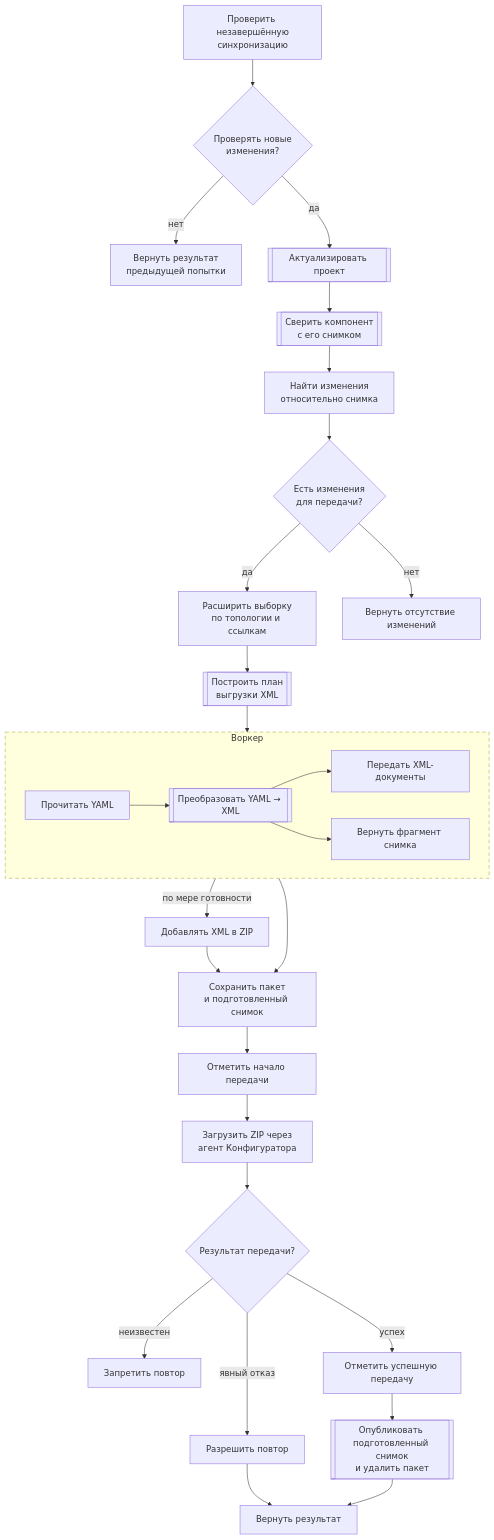
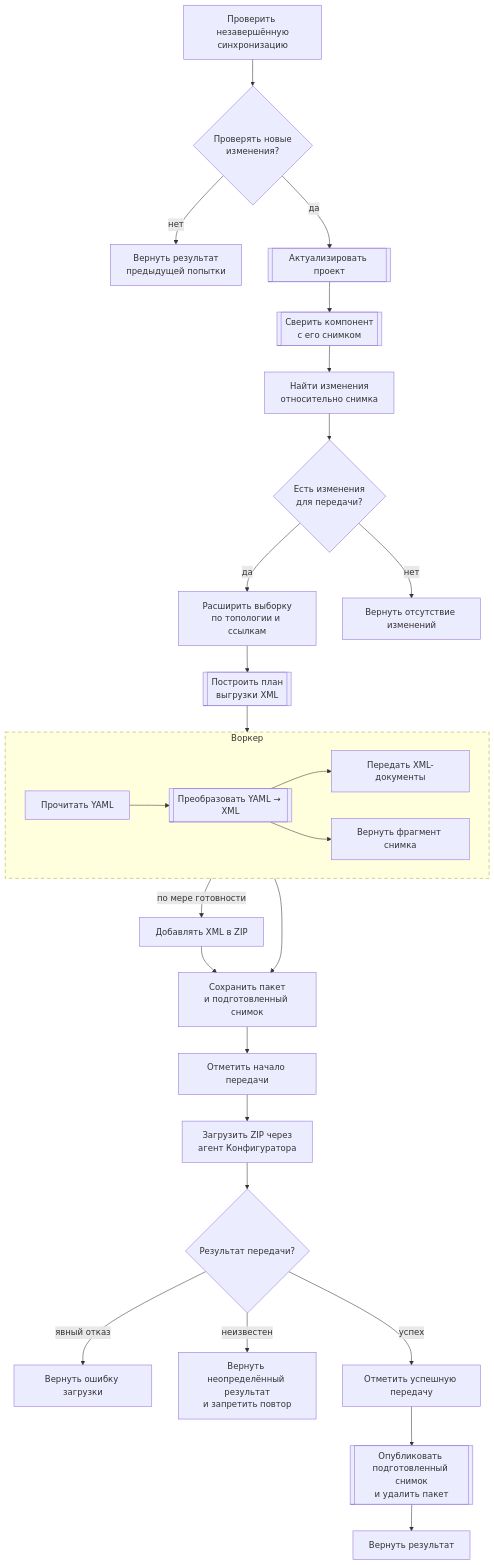
Before and after one commit to crimsongoldteam/nkdk: the ninth of 11 diagrams in .agents/architecture.md, drawn with Mermaid.

Commit message:
docs: :memo: упростить ошибку частичной загрузки
Показывать явный отказ 1С конечной ошибкой, не выносить внутреннюю политику повторного запуска в архитектурную схему.

````diff
--- a/.agents/architecture.md
+++ b/.agents/architecture.md
@@ -287,45 +287,45 @@
 ```mermaid
 flowchart TD
   pending["Проверить незавершённую<br/>синхронизацию"]
   proceed{"Проверять новые<br/>изменения?"}
   previous["Вернуть результат<br/>предыдущей попытки"]
   validate[["Актуализировать проект"]]
   target[["Сверить компонент<br/>с его снимком"]]
   changes["Найти изменения<br/>относительно снимка"]
   work{"Есть изменения<br/>для передачи?"}
   impact["Расширить выборку<br/>по топологии и ссылкам"]
   plan[["Построить план<br/>выгрузки XML"]]
 
   subgraph partialSyncJob["Воркер"]
     direction LR
     readYaml["Прочитать YAML"] --> toXml[["Преобразовать YAML → XML"]]
     toXml --> document["Передать XML-документы"]
     toXml --> fragment["Вернуть фрагмент снимка"]
   end
 
   archive["Добавлять XML в ZIP"]
   prepared["Сохранить пакет<br/>и подготовленный снимок"]
   noChanges["Вернуть отсутствие изменений"]
   transferring["Отметить начало передачи"]
   load["Загрузить ZIP через<br/>агент Конфигуратора"]
   outcome{"Результат передачи?"}
-  retry["Разрешить повтор"]
-  unknown["Запретить повтор"]
+  failure["Вернуть ошибку загрузки"]
+  unknown["Вернуть неопределённый результат<br/>и запретить повтор"]
   applied["Отметить успешную передачу"]
   publish[["Опубликовать подготовленный снимок<br/>и удалить пакет"]]
   result["Вернуть результат"]
 
   pending --> proceed
   proceed -- "да" --> validate
   proceed -- "нет" --> previous
   validate --> target --> changes --> work
   work -- "нет" --> noChanges
   work -- "да" --> impact --> plan --> readYaml
   document -- "по мере готовности" --> archive --> prepared
   fragment --> prepared
   prepared --> transferring --> load --> outcome
-  outcome -- "явный отказ" --> retry --> result
+  outcome -- "явный отказ" --> failure
   outcome -- "неизвестен" --> unknown
   outcome -- "успех" --> applied --> publish --> result
   style partialSyncJob stroke-dasharray: 7 5
 ```
````
